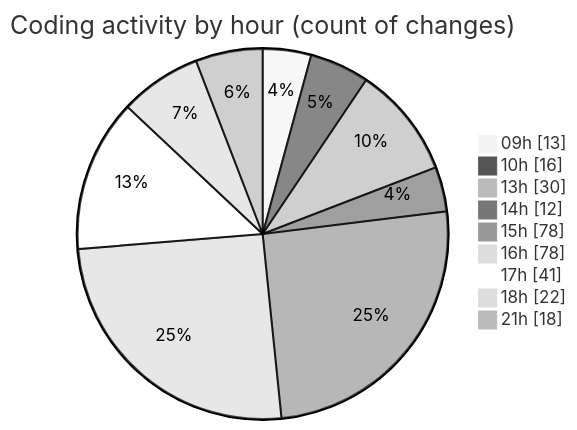
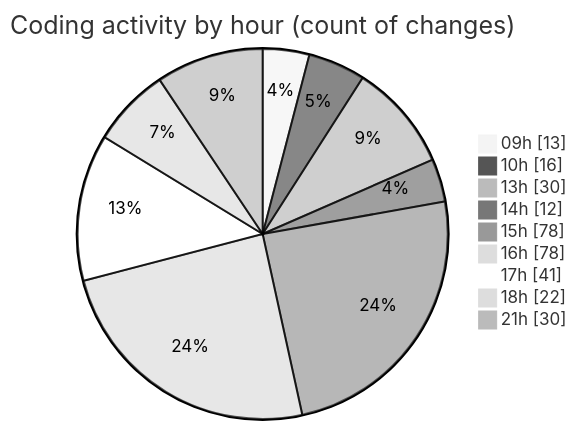
One commit to momahboobian/code-tracking changed the second of 2 diagrams in 2025-03-31/cda/README.md. Above: the diagram before and after it, drawn with Mermaid (neutral theme). The commit also changed other lines of this file and 1 other file, not shown here.

````diff
--- a/2025-03-31/cda/README.md
+++ b/2025-03-31/cda/README.md
@@ -50,13 +50,13 @@
 ```mermaid
 pie showData
 title Coding activity by hour (count of changes)
 "09h" : 13
 "10h" : 16
 "13h" : 30
 "14h" : 12
 "15h" : 78
 "16h" : 78
 "17h" : 41
 "18h" : 22
-"21h" : 18
+"21h" : 30
 ```
````
